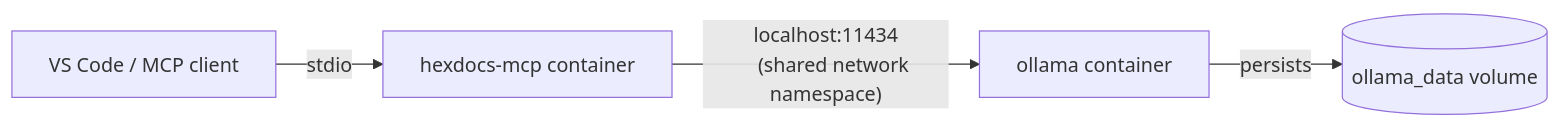
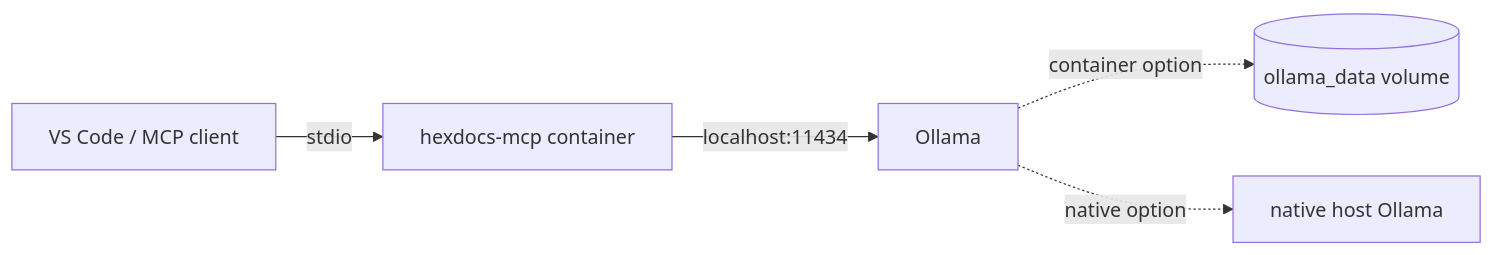
One commit to PranayPant/hexdocs-mcp-installer changed the diagram in README.md. Above: the diagram before and after it, drawn with Mermaid. The commit also changed other lines of this file and 1 other file, not shown here.

Commit message:
docs: make Ollama target configurable (container for Docker Desktop, native host for Linux/Colima)

````diff
--- a/README.md
+++ b/README.md
@@ -24,7 +41,7 @@
 ```mermaid
 graph LR
   A[VS Code / MCP client] -- stdio --> B[hexdocs-mcp container]
-  B -- localhost:11434
-    (shared network namespace) --> C[ollama container]
-  C -- persists --> D[(ollama_data volume)]
+  B -- localhost:11434 --> C[Ollama]
+  C -. container option .-> D[(ollama_data volume)]
+  C -. native option .-> E[native host Ollama]
 ```
````
